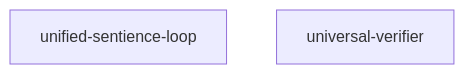
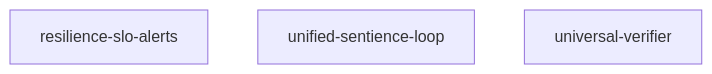
Before and after one commit to kmk142789/kmk142789: the diagram in docs/generated/service_dependency_graph.md, drawn with Mermaid. The commit also changed 1 other file, not shown here.

Commit message:
Improve service graph normalization

````diff
--- a/docs/generated/service_dependency_graph.md
+++ b/docs/generated/service_dependency_graph.md
@@ -7,5 +7,6 @@
 ```mermaid
 graph TD
+  resilience_slo_alerts[resilience-slo-alerts]
   unified_sentience_loop[unified-sentience-loop]
   universal_verifier[universal-verifier]
 ```
````
